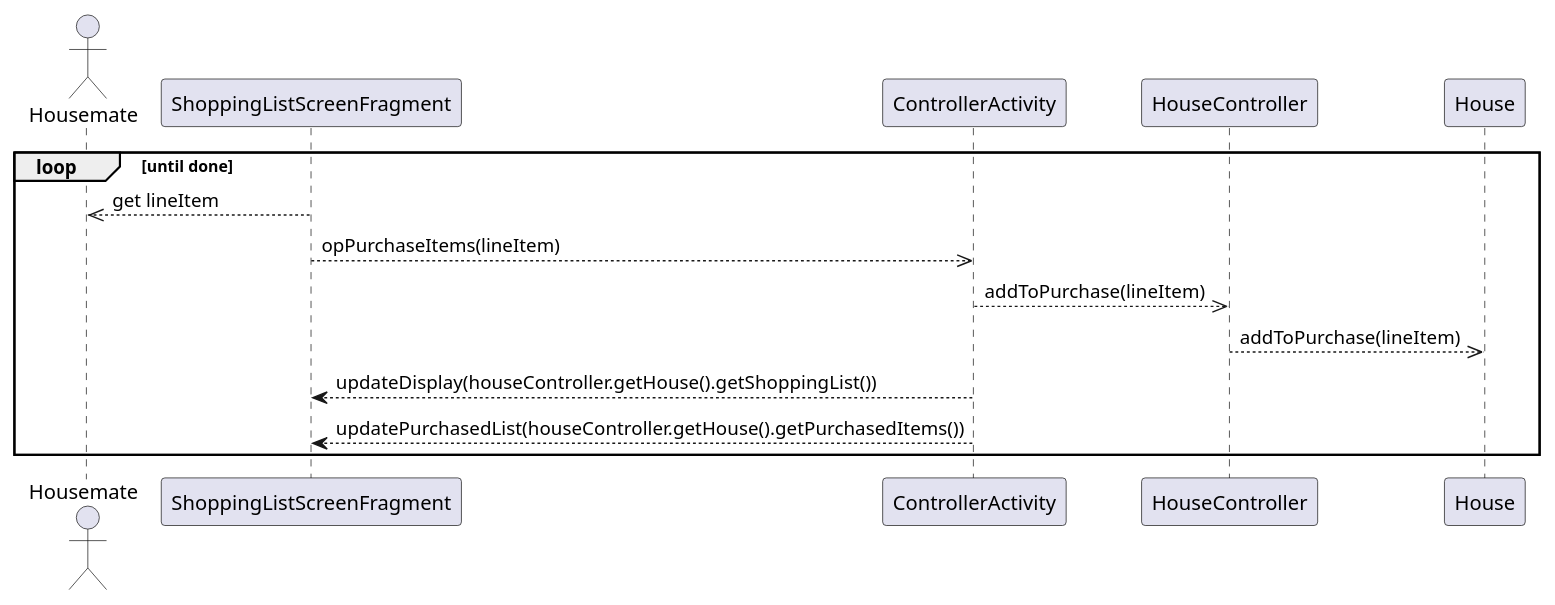
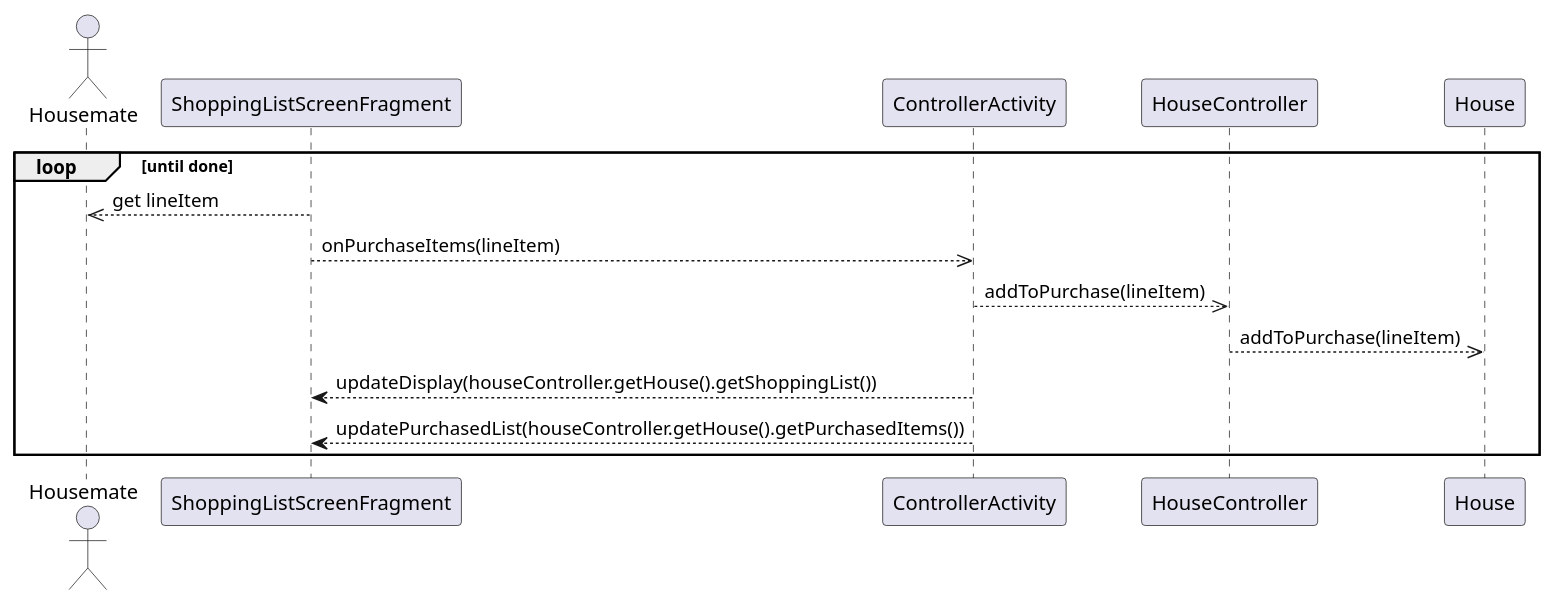
Before and after one commit to willemnielsen/House-App: the sixth of 13 diagrams in intellij/doc/design.md, drawn with PlantUML. The commit also changed other lines of this file, not shown here.

````diff
--- a/intellij/doc/design.md
+++ b/intellij/doc/design.md
@@ -162,16 +116,16 @@
 ```plantuml
 @startuml
 actor Housemate as Actor
     loop until done
         ShoppingListScreenFragment -->> Actor  : get lineItem
-        ShoppingListScreenFragment -->> ControllerActivity  : opPurchaseItems(lineItem)
+        ShoppingListScreenFragment -->> ControllerActivity  : onPurchaseItems(lineItem)
         ControllerActivity -->> HouseController : addToPurchase(lineItem)
         HouseController -->> House : addToPurchase(lineItem)
         
         ControllerActivity --> ShoppingListScreenFragment : updateDisplay(houseController.getHouse().getShoppingList())
         ControllerActivity --> ShoppingListScreenFragment : updatePurchasedList(houseController.getHouse().getPurchasedItems())
 
     end
     
 @enduml
 ```
````
